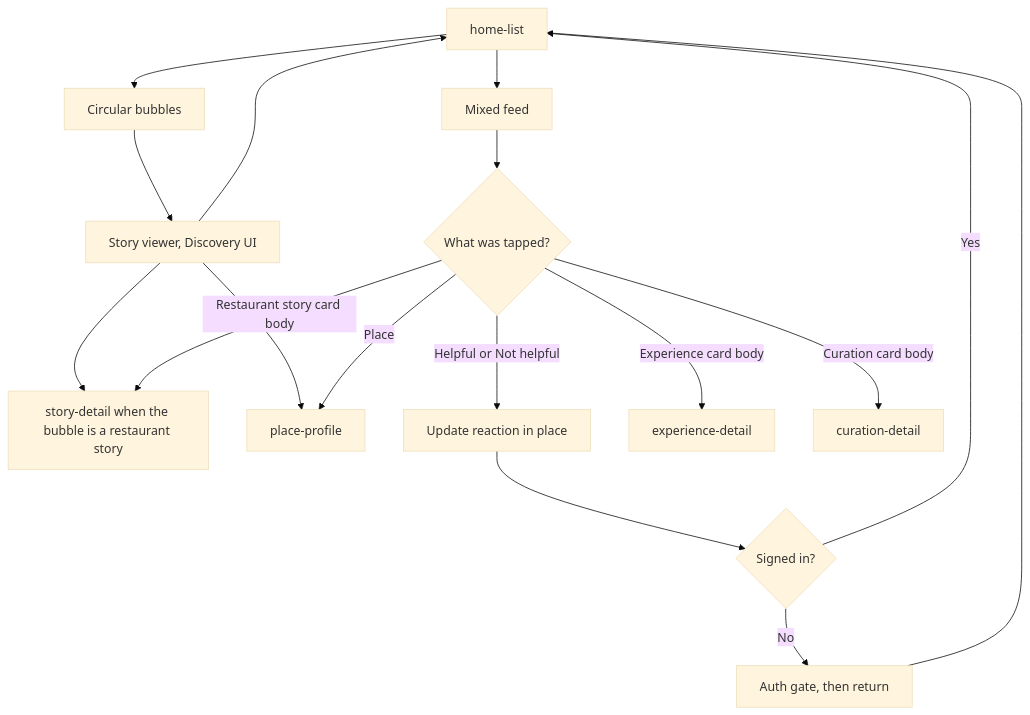
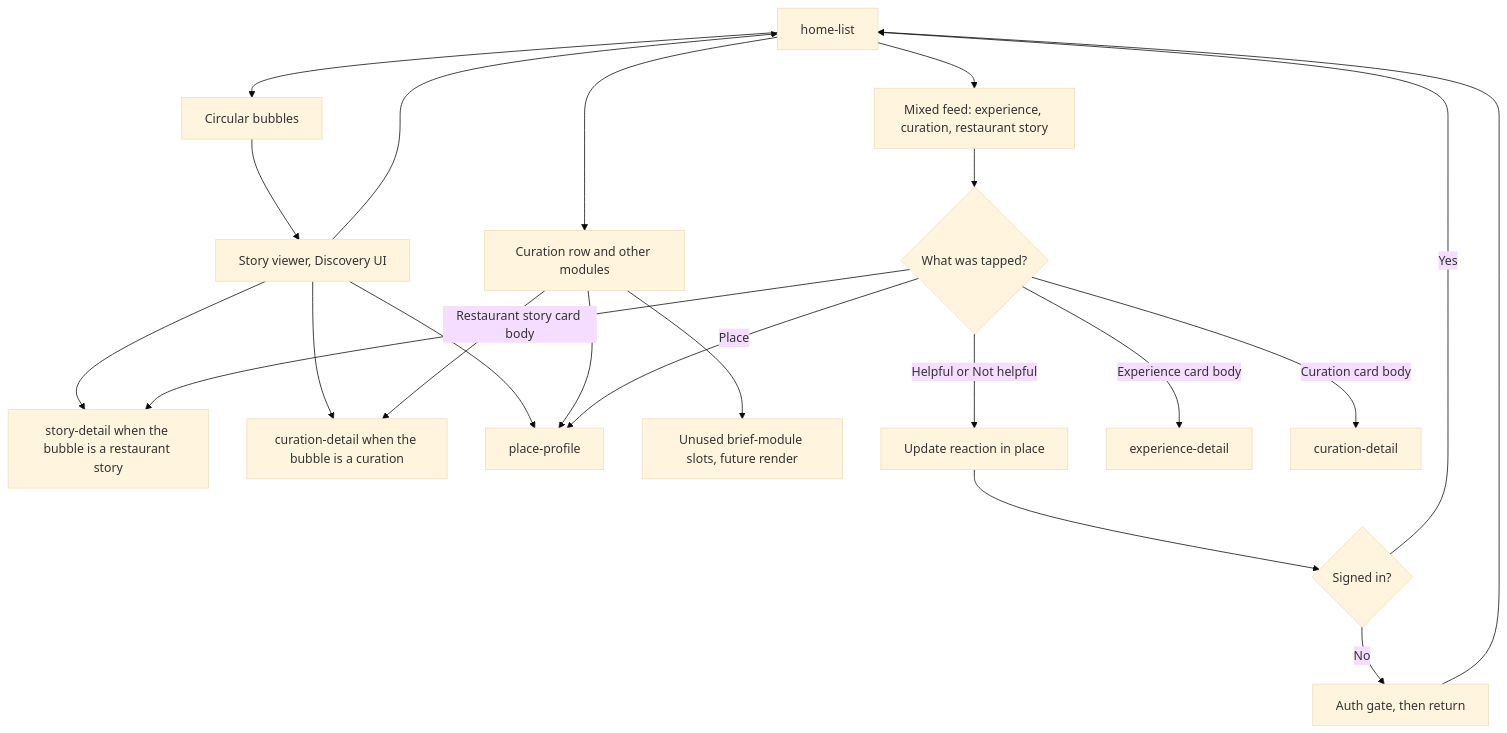
One commit to bawra11/elite-product changed the diagram in product/detail-flows/03-home.md. Above: the diagram before and after it, drawn with Mermaid (base theme). The commit also changed other lines of this file and 12 other files, not shown here.

````diff
--- a/product/detail-flows/03-home.md
+++ b/product/detail-flows/03-home.md
@@ -7,22 +9,28 @@
 ```mermaid
 flowchart TD
   home["home-list"] --> bubbles["Circular bubbles"]
-  home --> feed["Mixed feed"]
+  home --> modules["Curation row and other modules"]
+  home --> feed["Mixed feed: experience, curation, restaurant story"]
 
   bubbles --> viewer["Story viewer, Discovery UI"]
   viewer --> story["story-detail when the bubble is a restaurant story"]
+  viewer --> curFromRing["curation-detail when the bubble is a curation"]
   viewer --> place["place-profile"]
   viewer --> home
+
+  modules --> curFromRing
+  modules --> place
+  modules --> later["Unused brief-module slots, future render"]
 
   feed --> card{What was tapped?}
   card -->|Helpful or Not helpful| react["Update reaction in place"]
   react --> ident{Signed in?}
   ident -->|No| gate["Auth gate, then return"]
   ident -->|Yes| home
   gate --> home
 
   card -->|Experience card body| exp["experience-detail"]
   card -->|Curation card body| cur["curation-detail"]
   card -->|Restaurant story card body| story
   card -->|Place| place
 ```
````
